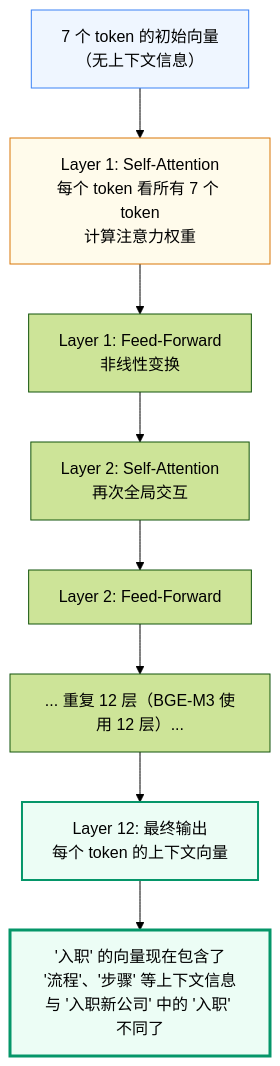
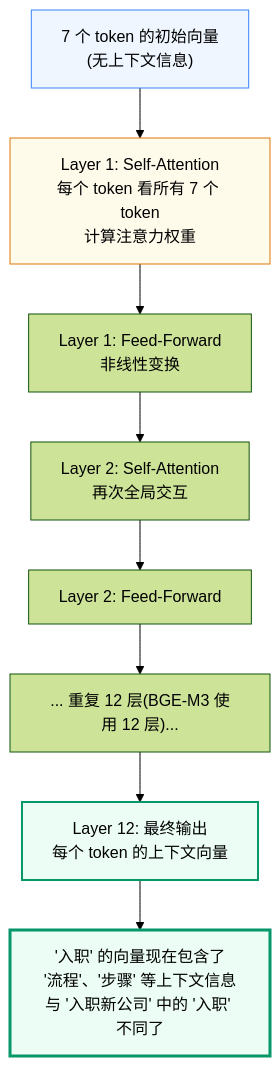
The second of 5 diagrams in RAG/appendix/embedding-models.mdx (VectorPeak/VectorPeakBlogs), drawn with Mermaid (forest theme) before and after one commit. The commit also changed other lines of this file and 35 other files, not shown here.

````diff
--- a/RAG/appendix/embedding-models.mdx
+++ b/RAG/appendix/embedding-models.mdx
@@ -84,23 +84,23 @@
 ```mermaid
 flowchart TD
-    Input["7 个 token 的初始向量<br/>（无上下文信息）"]
+    Input["7 个 token 的初始向量<br/>(无上下文信息)"]
 
     Input --> L1["Layer 1: Self-Attention<br/>每个 token 看所有 7 个 token<br/>计算注意力权重"]
 
     L1 --> L1F["Layer 1: Feed-Forward<br/>非线性变换"]
 
     L1F --> L2["Layer 2: Self-Attention<br/>再次全局交互"]
 
     L2 --> L2F["Layer 2: Feed-Forward"]
 
-    L2F --> Dots["... 重复 12 层（BGE-M3 使用 12 层）..."]
+    L2F --> Dots["... 重复 12 层(BGE-M3 使用 12 层)..."]
 
     Dots --> L12["Layer 12: 最终输出<br/>每个 token 的上下文向量"]
 
     L12 --> Context["'入职' 的向量现在包含了<br/>'流程'、'步骤' 等上下文信息<br/>与 '入职新公司' 中的 '入职' 不同了"]
 
     style Input fill:#EFF6FF,stroke:#3B82F6
     style L1 fill:#FFFBEB,stroke:#D97706
     style L12 fill:#ECFDF5,stroke:#059669,stroke-width:2px
     style Context fill:#ECFDF5,stroke:#059669,stroke-width:3px
 ```
````
